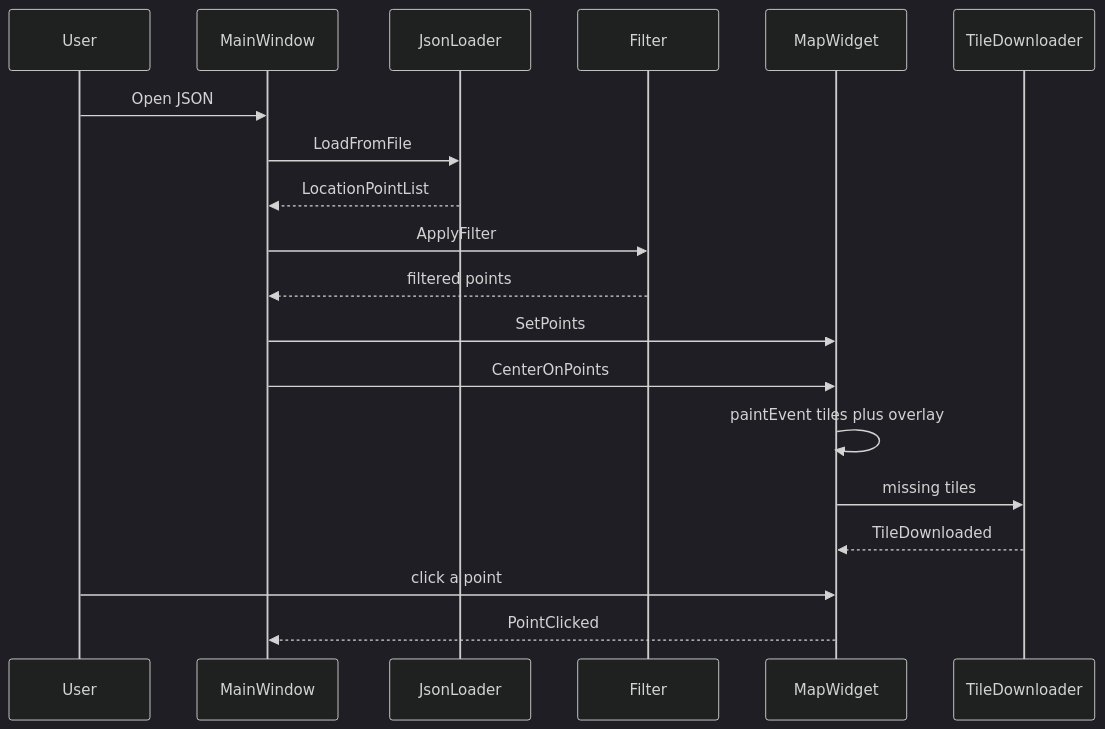
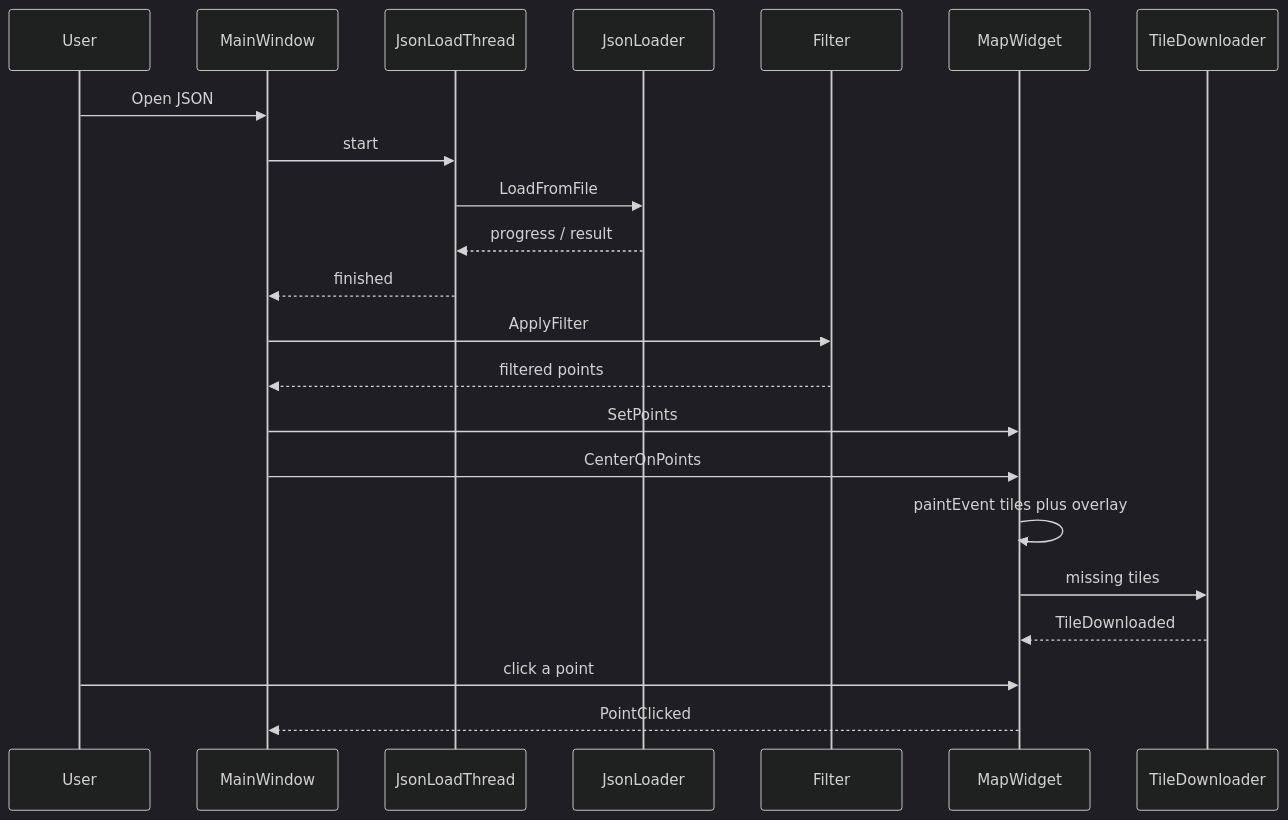
Before and after one commit to ViezTrinker/location-history-visualizer: the second of 2 diagrams in doc/architecture.md, drawn with Mermaid (dark theme). The commit also changed other lines of this file and 30 other files, not shown here.

Commit message:
Load Thread

````diff
--- a/doc/architecture.md
+++ b/doc/architecture.md
@@ -74,22 +76,25 @@
 ```mermaid
 sequenceDiagram
   participant User
   participant MainWindow
+  participant JsonLoadThread
   participant JsonLoader
   participant Filter
   participant MapWidget
   participant TileDownloader
 
   User->>MainWindow: Open JSON
-  MainWindow->>JsonLoader: LoadFromFile
-  JsonLoader-->>MainWindow: LocationPointList
+  MainWindow->>JsonLoadThread: start
+  JsonLoadThread->>JsonLoader: LoadFromFile
+  JsonLoader-->>JsonLoadThread: progress / result
+  JsonLoadThread-->>MainWindow: finished
   MainWindow->>Filter: ApplyFilter
   Filter-->>MainWindow: filtered points
   MainWindow->>MapWidget: SetPoints
   MainWindow->>MapWidget: CenterOnPoints
   MapWidget->>MapWidget: paintEvent tiles plus overlay
   MapWidget->>TileDownloader: missing tiles
   TileDownloader-->>MapWidget: TileDownloaded
   User->>MapWidget: click a point
   MapWidget-->>MainWindow: PointClicked
 ```
````
